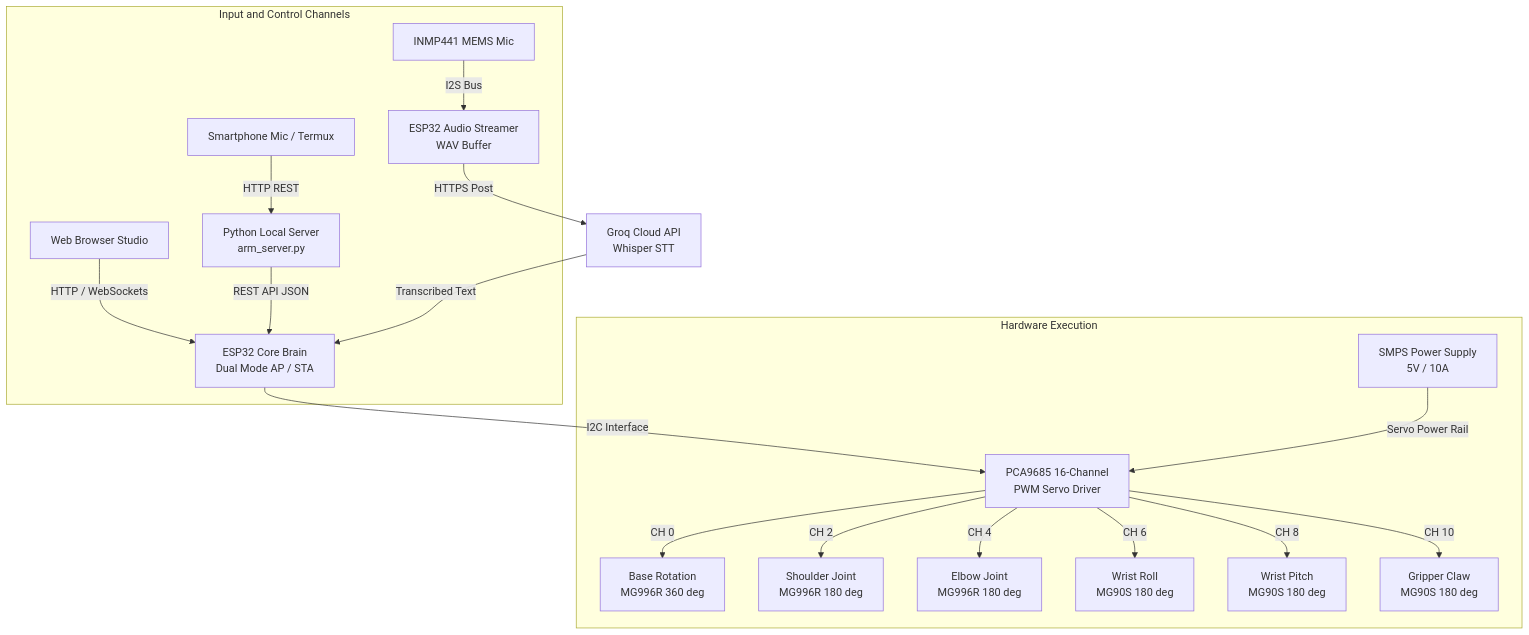
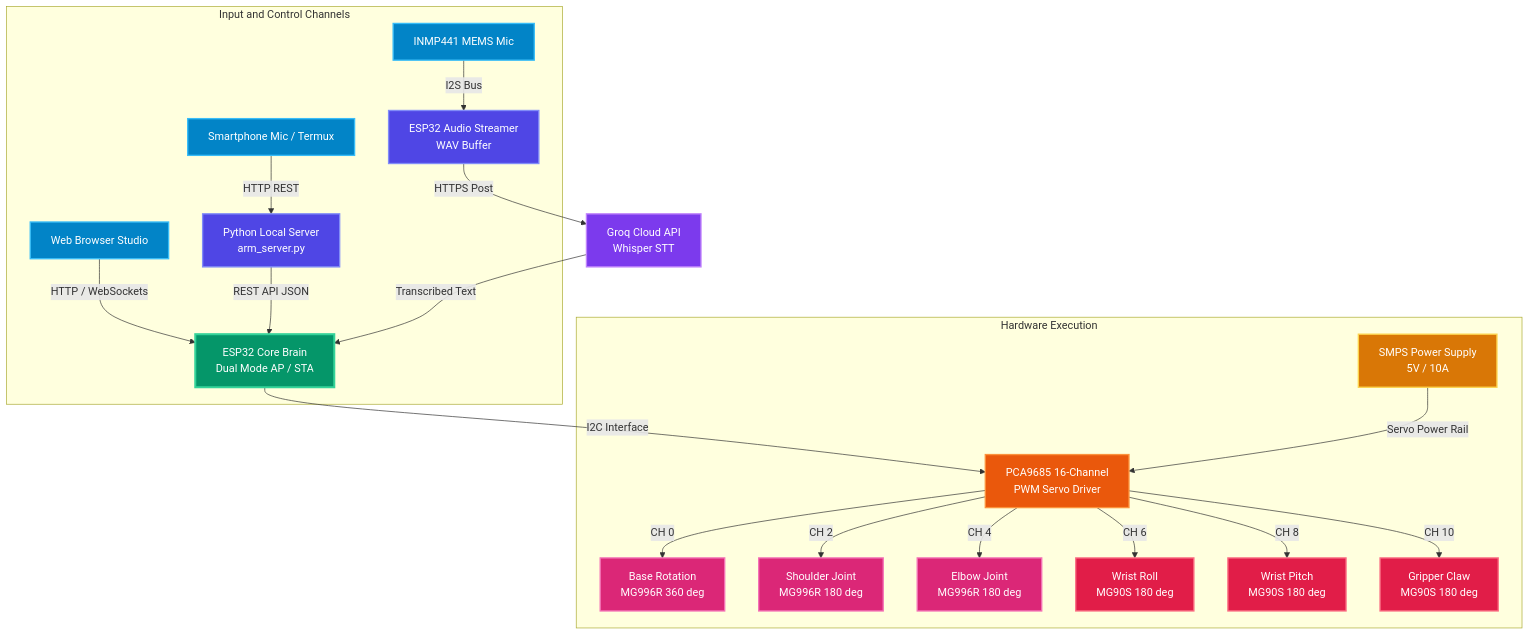
One commit to mahtoyash/Robotic-Arm changed the diagram in README.md. Above: the diagram before and after it, drawn with Mermaid. The commit also changed other lines of this file and 1 other file, not shown here.

First line of the commit message:
feat: enhance system architecture diagram with modern palette and add media gallery

````diff
--- a/README.md
+++ b/README.md
@@ -46,23 +46,32 @@
 ```mermaid
 flowchart TD
+    classDef inputNode fill:#0284c7,stroke:#38bdf8,stroke-width:2px,color:#ffffff;
+    classDef serverNode fill:#4f46e5,stroke:#818cf8,stroke-width:2px,color:#ffffff;
+    classDef cloudNode fill:#7c3aed,stroke:#c084fc,stroke-width:2px,color:#ffffff;
+    classDef mcuNode fill:#059669,stroke:#34d399,stroke-width:3px,color:#ffffff;
+    classDef driverNode fill:#ea580c,stroke:#fb923c,stroke-width:2px,color:#ffffff;
+    classDef powerNode fill:#d97706,stroke:#fcd34d,stroke-width:2px,color:#ffffff;
+    classDef heavyNode fill:#db2777,stroke:#f472b6,stroke-width:2px,color:#ffffff;
+    classDef microNode fill:#e11d48,stroke:#fb7185,stroke-width:2px,color:#ffffff;
+
     subgraph Input_Channels["Input and Control Channels"]
-        A1["Smartphone Mic / Termux"] -->|HTTP REST| B1["Python Local Server<br/>arm_server.py"]
-        A2["INMP441 MEMS Mic"] -->|I2S Bus| B2["ESP32 Audio Streamer<br/>WAV Buffer"]
-        A3["Web Browser Studio"] -->|HTTP / WebSockets| C["ESP32 Core Brain<br/>Dual Mode AP / STA"]
+        A1["Smartphone Mic / Termux"]:::inputNode -->|HTTP REST| B1["Python Local Server<br/>arm_server.py"]:::serverNode
+        A2["INMP441 MEMS Mic"]:::inputNode -->|I2S Bus| B2["ESP32 Audio Streamer<br/>WAV Buffer"]:::serverNode
+        A3["Web Browser Studio"]:::inputNode -->|HTTP / WebSockets| C["ESP32 Core Brain<br/>Dual Mode AP / STA"]:::mcuNode
     end
 
     B1 -->|REST API JSON| C
-    B2 -->|HTTPS Post| D["Groq Cloud API<br/>Whisper STT"]
+    B2 -->|HTTPS Post| D["Groq Cloud API<br/>Whisper STT"]:::cloudNode
     D -->|Transcribed Text| C
 
     subgraph Hardware_Layer["Hardware Execution"]
-        C -->|I2C Interface| E["PCA9685 16-Channel<br/>PWM Servo Driver"]
-        F["SMPS Power Supply<br/>5V / 10A"] -->|Servo Power Rail| E
-        E -->|CH 0| M1["Base Rotation<br/>MG996R 360 deg"]
-        E -->|CH 2| M2["Shoulder Joint<br/>MG996R 180 deg"]
-        E -->|CH 4| M3["Elbow Joint<br/>MG996R 180 deg"]
-        E -->|CH 6| M4["Wrist Roll<br/>MG90S 180 deg"]
-        E -->|CH 8| M5["Wrist Pitch<br/>MG90S 180 deg"]
-        E -->|CH 10| M6["Gripper Claw<br/>MG90S 180 deg"]
+        C -->|I2C Interface| E["PCA9685 16-Channel<br/>PWM Servo Driver"]:::driverNode
+        F["SMPS Power Supply<br/>5V / 10A"]:::powerNode -->|Servo Power Rail| E
+        E -->|CH 0| M1["Base Rotation<br/>MG996R 360 deg"]:::heavyNode
+        E -->|CH 2| M2["Shoulder Joint<br/>MG996R 180 deg"]:::heavyNode
+        E -->|CH 4| M3["Elbow Joint<br/>MG996R 180 deg"]:::heavyNode
+        E -->|CH 6| M4["Wrist Roll<br/>MG90S 180 deg"]:::microNode
+        E -->|CH 8| M5["Wrist Pitch<br/>MG90S 180 deg"]:::microNode
+        E -->|CH 10| M6["Gripper Claw<br/>MG90S 180 deg"]:::microNode
     end
 ```
````
